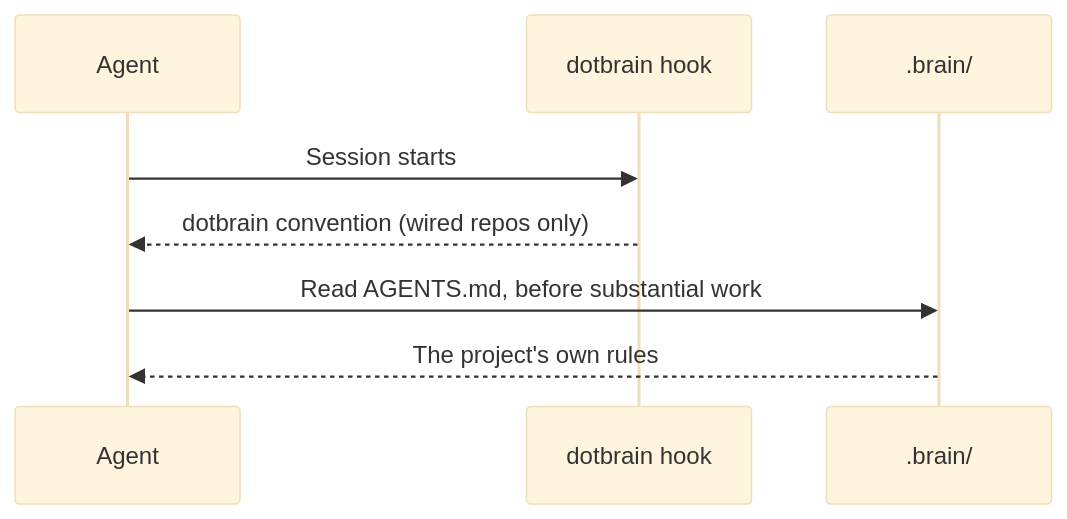
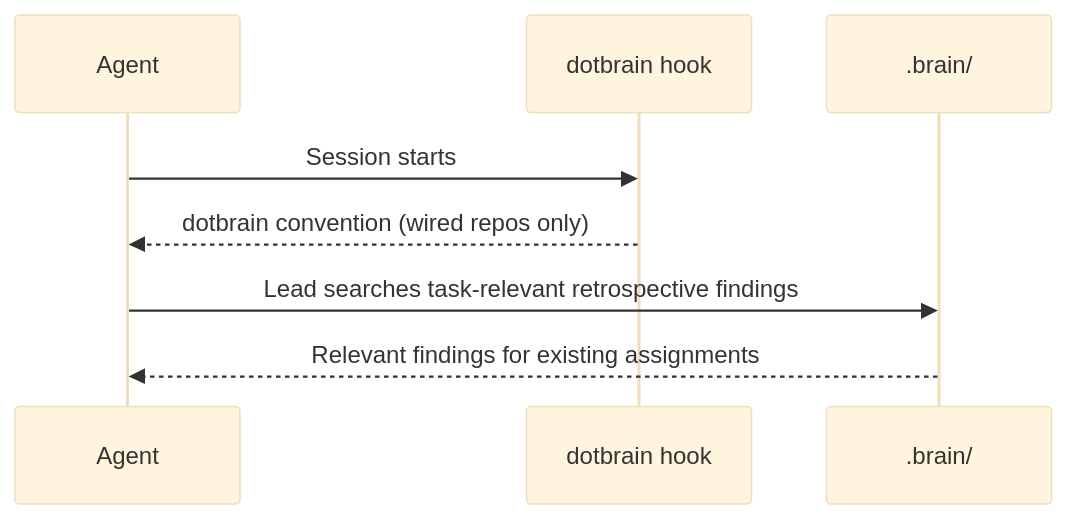
One commit to arminzou/dotbrain changed the diagram in docs/session-context.md. Above: the diagram before and after it, drawn with Mermaid (base theme). The commit also changed other lines of this file and 32 other files, not shown here.

````diff
--- a/docs/session-context.md
+++ b/docs/session-context.md
@@ -8,11 +8,11 @@
 ```mermaid
 sequenceDiagram
   accTitle: What an agent loads when a session starts
   participant A as Agent
   participant D as dotbrain hook
   participant B as .brain/
   A->>D: Session starts
   D-->>A: dotbrain convention (wired repos only)
-  A->>B: Read AGENTS.md, before substantial work
-  B-->>A: The project's own rules
+  A->>B: Lead searches task-relevant retrospective findings
+  B-->>A: Relevant findings for existing assignments
 ```
````
